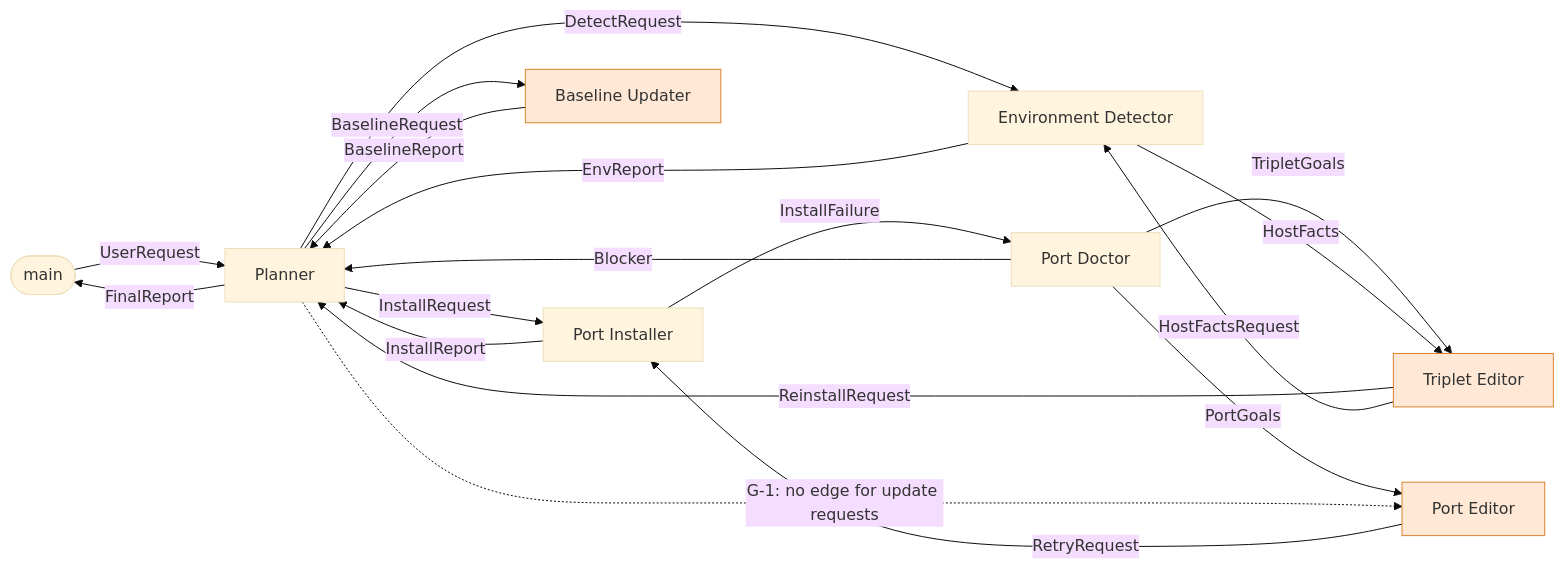
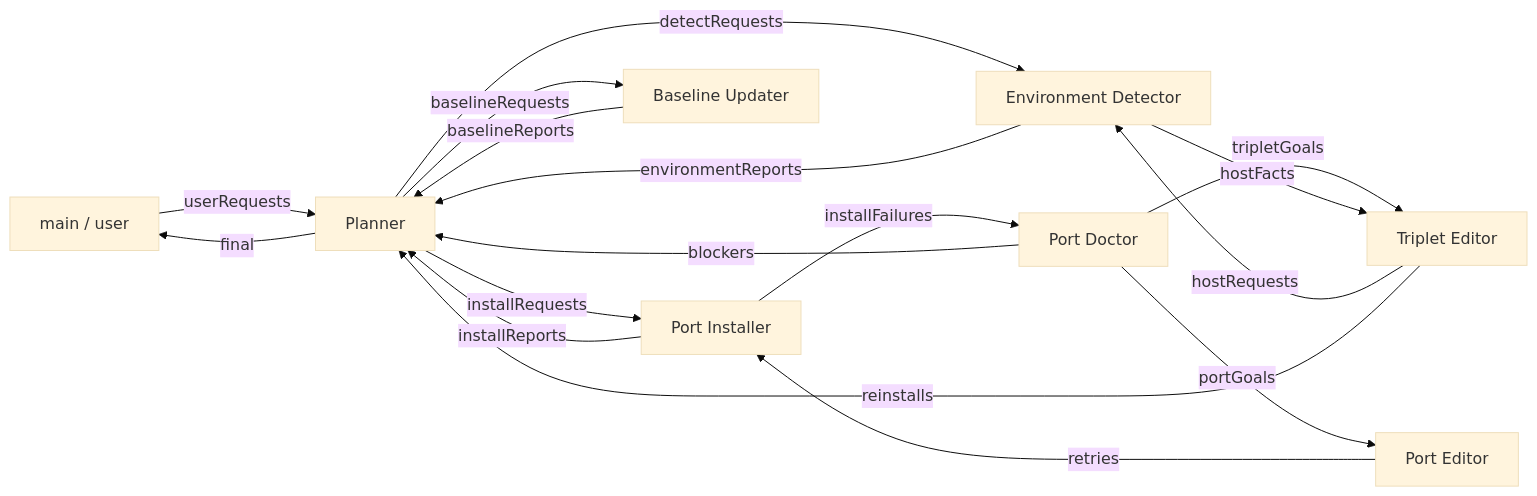
The diagram in vcpkg-agents-specifications.md (luncliff/vcpkg-registry), drawn with Mermaid (base theme) before and after one commit. The commit also changed other lines of this file and 2 other files, not shown here.

````diff
--- a/vcpkg-agents-specifications.md
+++ b/vcpkg-agents-specifications.md
@@ -19,22 +41,19 @@
 ```mermaid
 flowchart LR
-    U([main]) -->|UserRequest| P[Planner]
-    P -->|DetectRequest| ED[Environment Detector]
-    ED -->|EnvReport| P
-    P -->|InstallRequest| PI[Port Installer]
-    PI -->|InstallReport| P
-    PI -->|InstallFailure| PD[Port Doctor]
-    PD -->|PortGoals| PE[Port Editor]
-    PD -->|TripletGoals| TE[Triplet Editor]
-    PD -->|Blocker| P
-    PE -->|RetryRequest| PI
-    TE -->|ReinstallRequest| P
-    TE -->|HostFactsRequest| ED
-    ED -->|HostFacts| TE
-    P -->|BaselineRequest| BU[Baseline Updater]
-    BU -->|BaselineReport| P
-    P -->|FinalReport| U
-    P -.->|"G-1: no edge for update requests"| PE
-    classDef writer fill:#ffe9d6,stroke:#d9822b
-    class PE,TE,BU writer
+    U[main / user] -->|userRequests| P[Planner]
+    P -->|detectRequests| ED[Environment Detector]
+    ED -->|environmentReports| P
+    P -->|installRequests| PI[Port Installer]
+    PI -->|installReports| P
+    PI -->|installFailures| PD[Port Doctor]
+    PD -->|portGoals| PE[Port Editor]
+    PE -->|retries| PI
+    PD -->|tripletGoals| TE[Triplet Editor]
+    PD -->|blockers| P
+    TE -->|hostRequests| ED
+    ED -->|hostFacts| TE
+    TE -->|reinstalls| P
+    P -->|baselineRequests| BU[Baseline Updater]
+    BU -->|baselineReports| P
+    P -->|final| U
 ```
````
